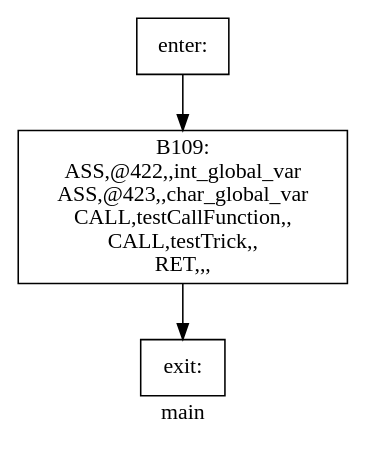
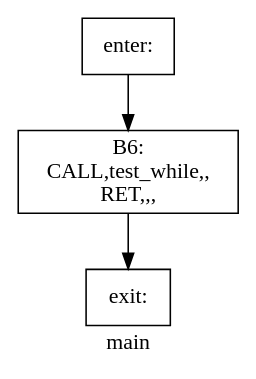
Before and after one commit to yifan123/Compiler: the diagram in Compiler/basic_block/dot/main.dot, drawn with Graphviz. The commit also changed 54 other files, not shown here.

Commit message:
整个编译器已经完工，优化已做了： 1. 常量折叠 2. 划分基本块并使用graphviz绘制控制流图 3. 在parser时直接将所有常量的值计算出来 4. 到达定义分析，计算d-u链和活跃变量分析 接下来准备做： 1. 构建冲突图，图着色，全局寄存器分配

```diff
--- a/Compiler/basic_block/dot/main.dot
+++ b/Compiler/basic_block/dot/main.dot
@@ -1,8 +1,8 @@
 digraph main{
 label =main
-B109[label="B109:\nASS,@422,,int_global_var\nASS,@423,,char_global_var\nCALL,testCallFunction,,\nCALL,testTrick,,\nRET,,,\n" shape=box]
+B6[label="B6:\nCALL,test_while,,\nRET,,,\n" shape=box]
 enter[label="enter:\n" shape=box]
 exit[label="exit:\n" shape=box]
-B109->exit
-enter->B109
+B6->exit
+enter->B6
 }
```
